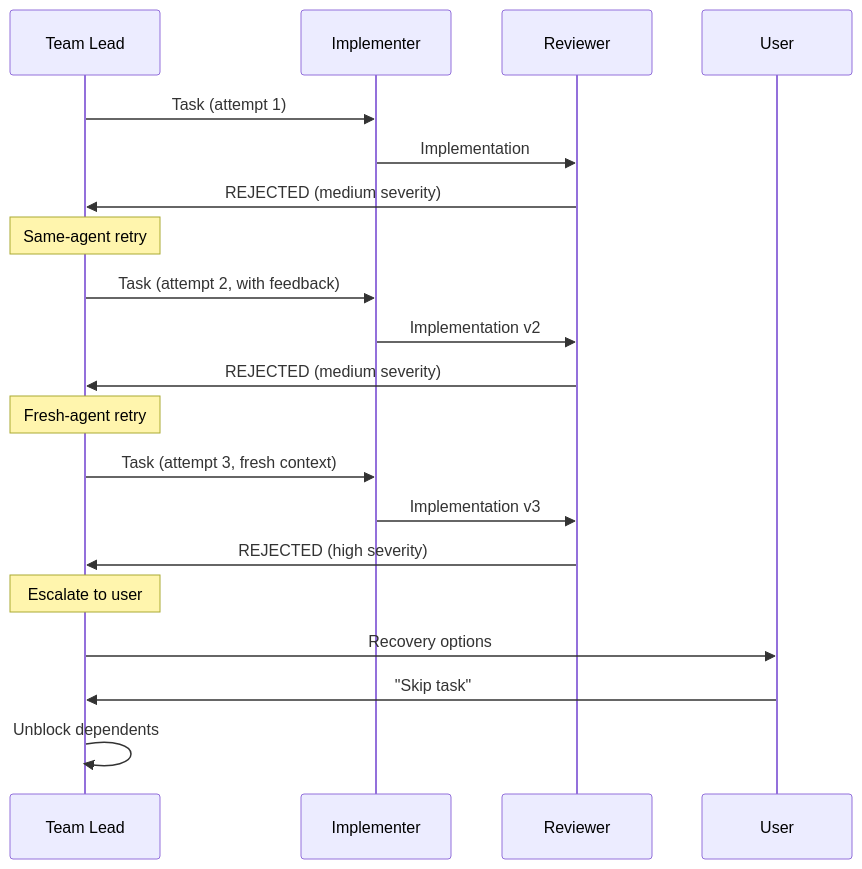
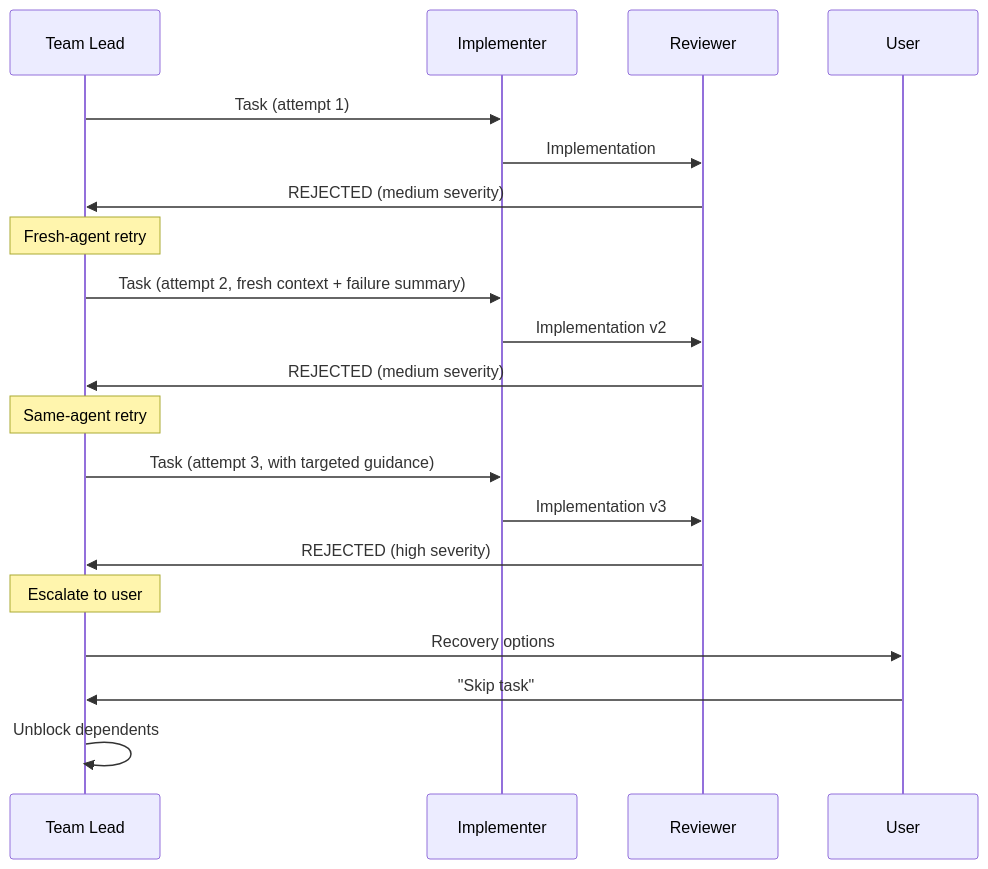
The third of 4 diagrams in diagrams/sequence-diagram.md (Zxela/claude-create), drawn with Mermaid before and after one commit. The commit also changed 2 other files, not shown here.

Commit message:
fix: diagram corrections — retry order, missing phases, spec-review skill (#18)
- sequence-diagram.md: fix retry order to match retry-patterns.md
  (fresh-agent first, then same-agent — not the reverse)
- context-flow.md: add spec_review and scope_analysis participants
  to Agent Spawning sequence (was skipping directly D→P)
- context-flow.md: update token budget chart with new phases
- architecture.md: add homerun:spec-review skill node and SRv→SSR edge
  (Spec Reviewer agent had no outgoing skill connection)

````diff
--- a/diagrams/sequence-diagram.md
+++ b/diagrams/sequence-diagram.md
@@ -167,26 +167,26 @@
 ```mermaid
 sequenceDiagram
     participant C as Team Lead
     participant I as Implementer
     participant R as Reviewer
     participant U as User
 
     C->>I: Task (attempt 1)
     I->>R: Implementation
     R->>C: REJECTED (medium severity)
 
-    Note over C: Same-agent retry
-    C->>I: Task (attempt 2, with feedback)
+    Note over C: Fresh-agent retry
+    C->>I: Task (attempt 2, fresh context + failure summary)
     I->>R: Implementation v2
     R->>C: REJECTED (medium severity)
 
-    Note over C: Fresh-agent retry
-    C->>I: Task (attempt 3, fresh context)
+    Note over C: Same-agent retry
+    C->>I: Task (attempt 3, with targeted guidance)
     I->>R: Implementation v3
     R->>C: REJECTED (high severity)
 
     Note over C: Escalate to user
     C->>U: Recovery options
     U->>C: "Skip task"
     C->>C: Unblock dependents
 ```
````
